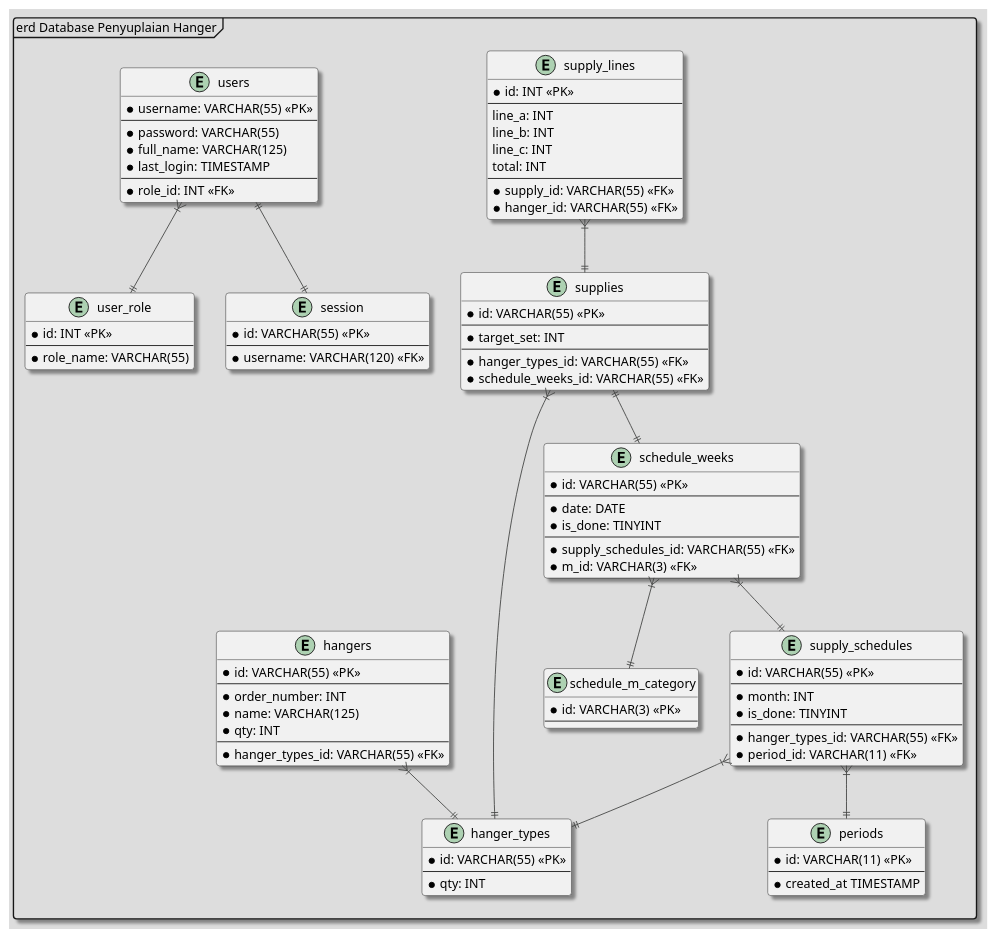
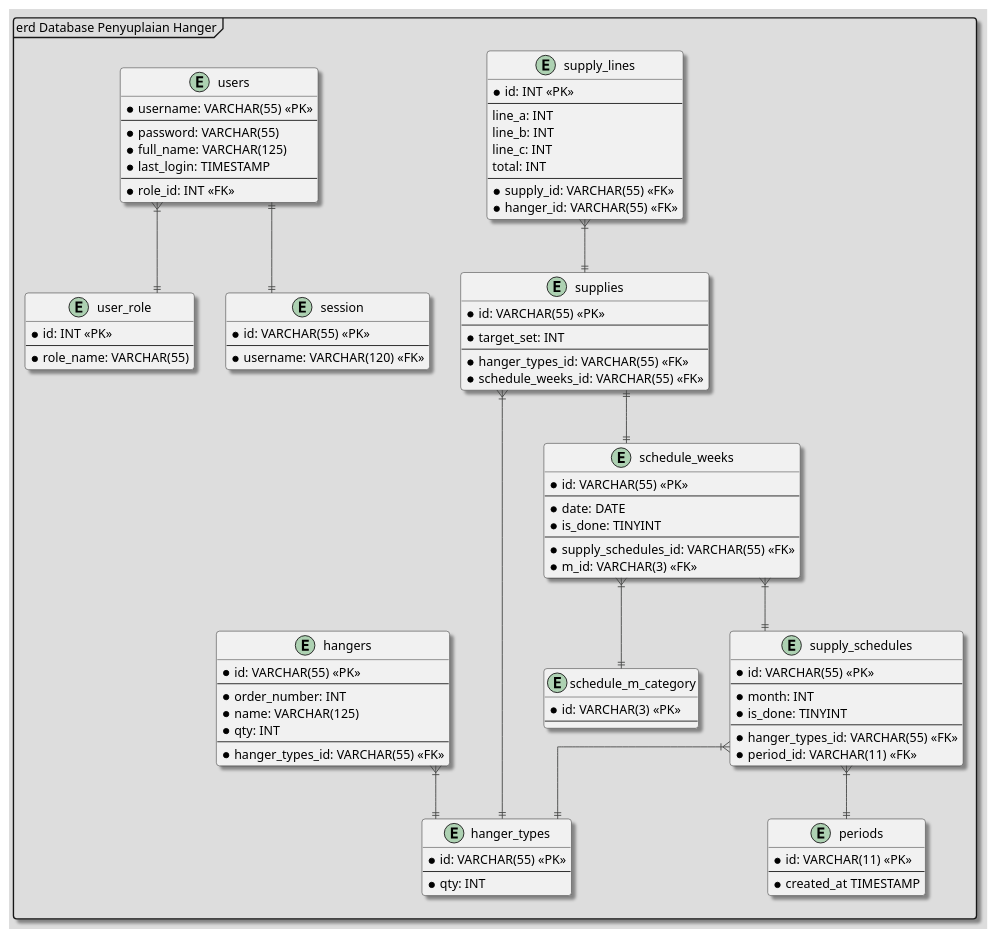
One commit to marlisumarli/hanger-scheduling changed the diagram in Diagrams/EntityRelationshipDiagram.puml. Above: the diagram before and after it, drawn with PlantUML. The commit also changed 7 other files, not shown here.

```diff
--- a/Diagrams/EntityRelationshipDiagram.puml
+++ b/Diagrams/EntityRelationshipDiagram.puml
@@ -1,108 +1,108 @@
 @startuml
 
 !theme toy
 skinparam shadowing true
 mainframe erd Database Penyuplaian Hanger
-
+skinparam linetype ortho
 entity users {
 * username: VARCHAR(55) <<PK>>
 --
 * password: VARCHAR(55)
 * full_name: VARCHAR(125)
 * last_login: TIMESTAMP
 --
 * role_id: INT <<FK>>
 }
 
 entity user_role {
 * id: INT <<PK>>
 --
 * role_name: VARCHAR(55)
 }
 
 entity session {
 * id: VARCHAR(55) <<PK>>
 --
 * username: VARCHAR(120) <<FK>>
 }
 
 entity hanger_types {
 * id: VARCHAR(55) <<PK>>
 --
 * qty: INT
 }
 
 entity hangers {
 * id: VARCHAR(55) <<PK>>
 --
 * order_number: INT
 * name: VARCHAR(125)
 * qty: INT
 --
 * hanger_types_id: VARCHAR(55) <<FK>>
 }
 
 entity periods {
 * id: VARCHAR(11) <<PK>>
 --
 * created_at TIMESTAMP
 }
 
 entity schedule_m_category {
 * id: VARCHAR(3) <<PK>>
 --
 }
 
 entity supply_schedules {
 * id: VARCHAR(55) <<PK>>
 --
 * month: INT
 * is_done: TINYINT
 --
 * hanger_types_id: VARCHAR(55) <<FK>>
 * period_id: VARCHAR(11) <<FK>>
 }
 
 entity schedule_weeks {
 * id: VARCHAR(55) <<PK>>
 --
 * date: DATE
 * is_done: TINYINT
 --
 * supply_schedules_id: VARCHAR(55) <<FK>>
 * m_id: VARCHAR(3) <<FK>>
 }
 
 entity supplies {
 * id: VARCHAR(55) <<PK>>
 --
 * target_set: INT
 --
 * hanger_types_id: VARCHAR(55) <<FK>>
 * schedule_weeks_id: VARCHAR(55) <<FK>>
 }
 
 entity supply_lines {
 * id: INT <<PK>>
 --
 line_a: INT
 line_b: INT
 line_c: INT
 total: INT
 --
 * supply_id: VARCHAR(55) <<FK>>
 * hanger_id: VARCHAR(55) <<FK>>
 }
 
 users}|--||user_role
 users||--||session
 hangers}|--||hanger_types
 supply_schedules}|--||periods
 supply_schedules}|--||hanger_types
 schedule_weeks}|--||schedule_m_category
 schedule_weeks}|--||supply_schedules
 supplies}|--||hanger_types
 supplies||--||schedule_weeks
 supply_lines}|--||supplies
 
 @enduml
```
